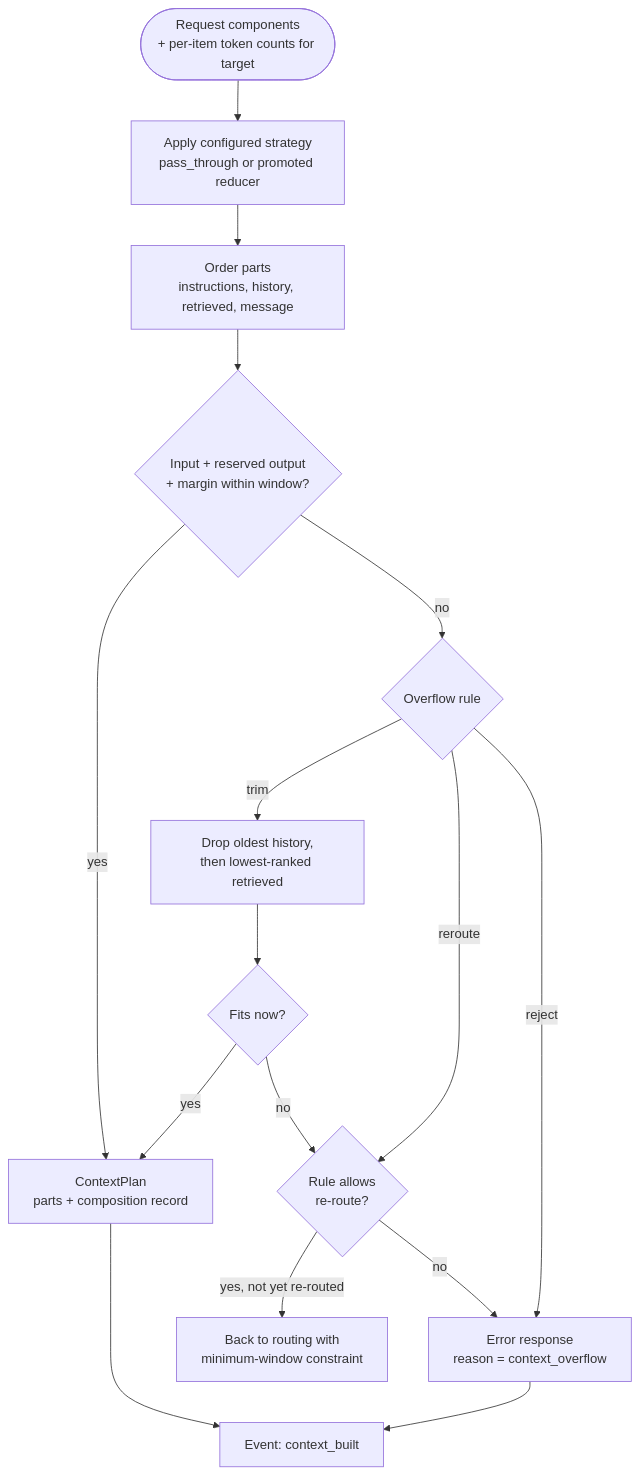
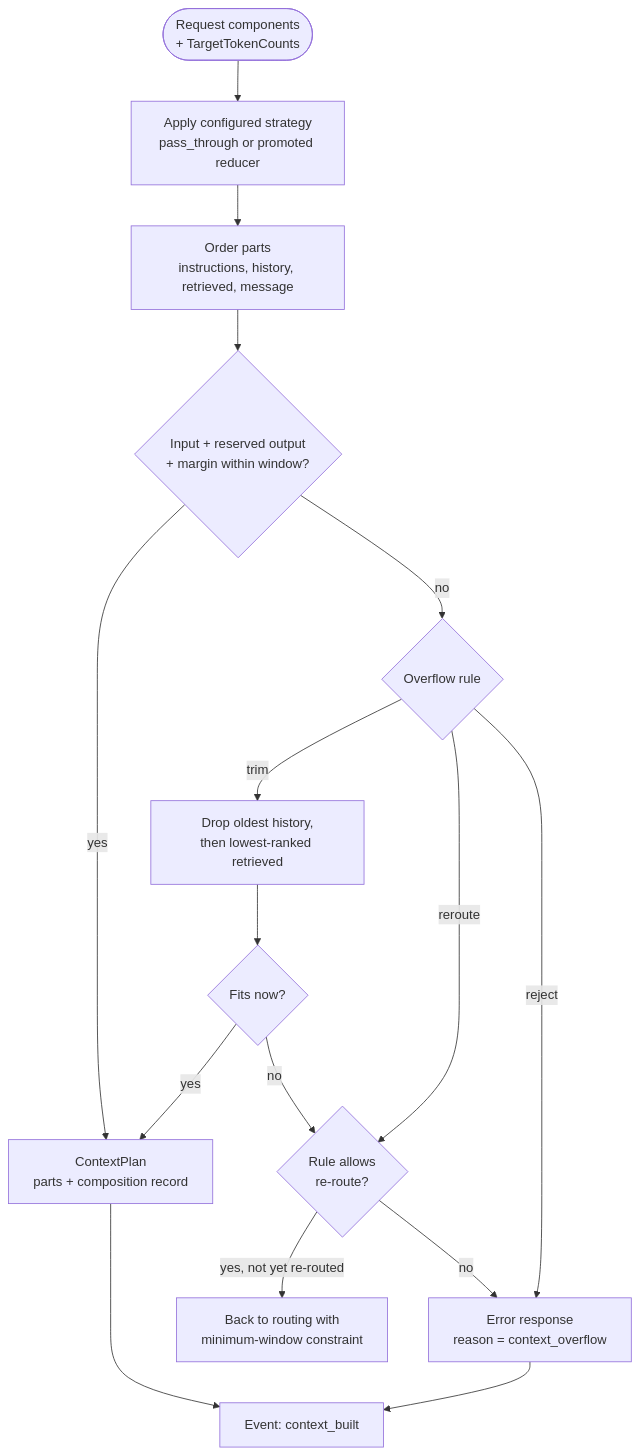
The diagram in docs/architecture/context_construction.md (mahyamotamedi/metis-auto), drawn with Mermaid before and after one commit. The commit also changed 47 other files, not shown here.

````diff
--- a/docs/architecture/context_construction.md
+++ b/docs/architecture/context_construction.md
@@ -44,19 +44,19 @@
 ```mermaid
 %% Question: how do request components become one target's model input, and what happens on overflow?
 flowchart TD
-    comps(["Request components<br/>+ per-item token counts for target"]) --> strat["Apply configured strategy<br/>pass_through or promoted reducer"]
+    comps(["Request components<br/>+ TargetTokenCounts"]) --> strat["Apply configured strategy<br/>pass_through or promoted reducer"]
     strat --> order["Order parts<br/>instructions, history, retrieved, message"]
     order --> fit{"Input + reserved output<br/>+ margin within window?"}
     fit -- yes --> plan["ContextPlan<br/>parts + composition record"]
     fit -- no --> rule{"Overflow rule"}
     rule -- trim --> trim["Drop oldest history,<br/>then lowest-ranked retrieved"]
     trim --> fit2{"Fits now?"}
     fit2 -- yes --> plan
     fit2 -- no --> rr{"Rule allows<br/>re-route?"}
     rule -- reroute --> rr
     rr -- "yes, not yet re-routed" --> reroute["Back to routing with<br/>minimum-window constraint"]
     rr -- no --> reject["Error response<br/>reason = context_overflow"]
     rule -- reject --> reject
     plan --> ev["Event: context_built"]
     reject --> ev
 ```
````
